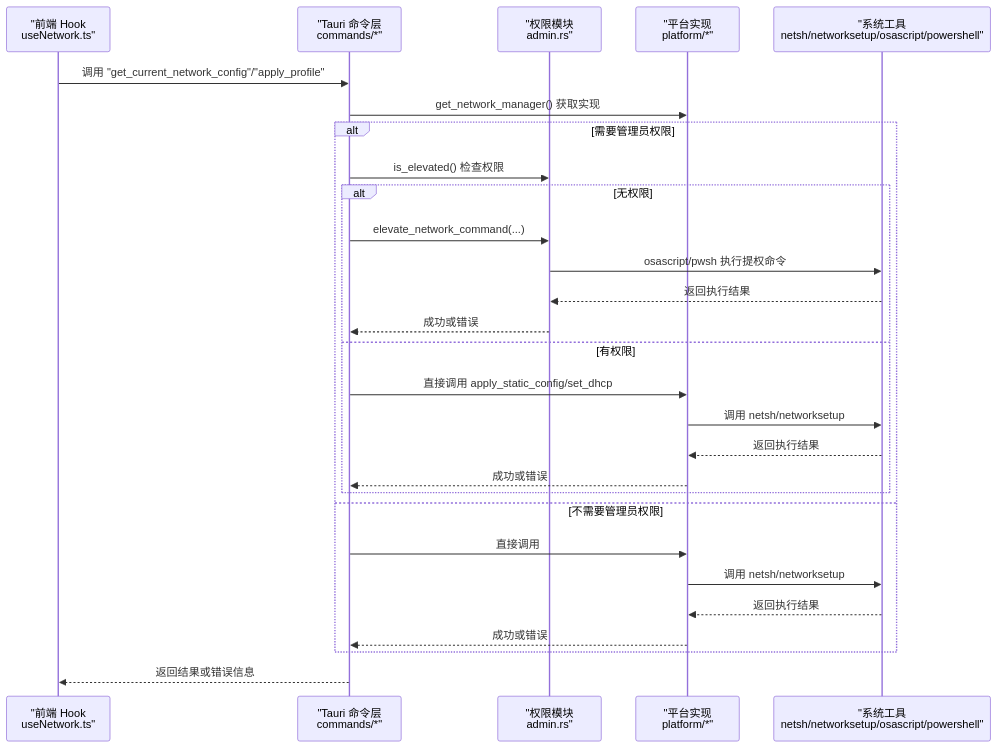
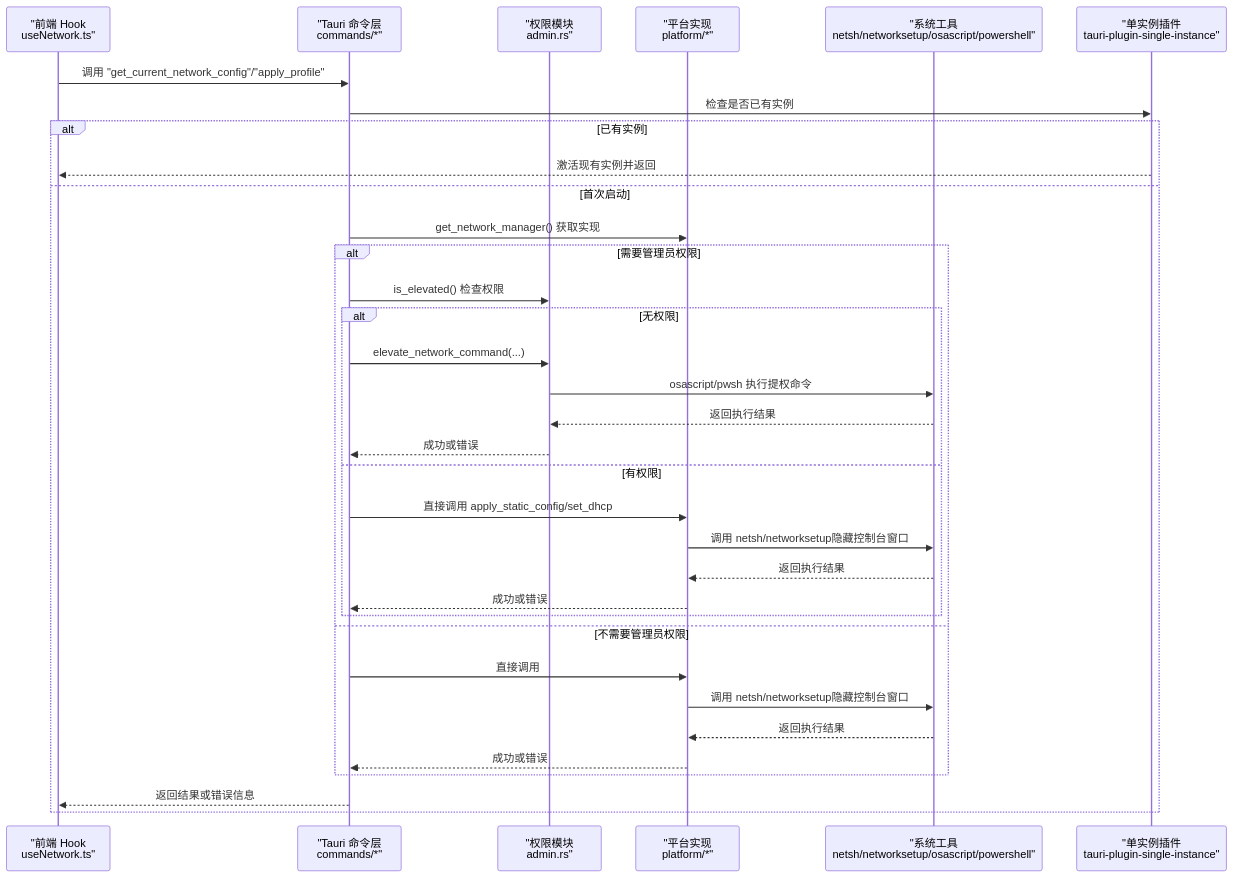
Before and after one commit to xdongliang/IPSwitcher: the second of 9 diagrams in .qoder/repowiki/zh/content/后端开发指南/平台集成.md, drawn with Mermaid. The commit also changed other lines of this file and 3 other files, not shown here.

````diff
--- a/.qoder/repowiki/zh/content/后端开发指南/平台集成.md
+++ b/.qoder/repowiki/zh/content/后端开发指南/平台集成.md
@@ -144,30 +160,36 @@
 ```mermaid
 sequenceDiagram
 participant FE as "前端 Hook<br/>useNetwork.ts"
 participant Tauri as "Tauri 命令层<br/>commands/*"
 participant Admin as "权限模块<br/>admin.rs"
 participant Plat as "平台实现<br/>platform/*"
 participant Sys as "系统工具<br/>netsh/networksetup/osascript/powershell"
+participant Single as "单实例插件<br/>tauri-plugin-single-instance"
 FE->>Tauri : 调用 "get_current_network_config"/"apply_profile"
+Tauri->>Single : 检查是否已有实例
+alt 已有实例
+Single-->>FE : 激活现有实例并返回
+else 首次启动
 Tauri->>Plat : get_network_manager() 获取实现
 alt 需要管理员权限
 Tauri->>Admin : is_elevated() 检查权限
 alt 无权限
 Tauri->>Admin : elevate_network_command(...)
 Admin->>Sys : osascript/pwsh 执行提权命令
 Sys-->>Admin : 返回执行结果
 Admin-->>Tauri : 成功或错误
 else 有权限
 Tauri->>Plat : 直接调用 apply_static_config/set_dhcp
-Plat->>Sys : 调用 netsh/networksetup
+Plat->>Sys : 调用 netsh/networksetup隐藏控制台窗口
 Sys-->>Plat : 返回执行结果
 Plat-->>Tauri : 成功或错误
 end
 else 不需要管理员权限
 Tauri->>Plat : 直接调用
-Plat->>Sys : 调用 netsh/networksetup
+Plat->>Sys : 调用 netsh/networksetup隐藏控制台窗口
 Sys-->>Plat : 返回执行结果
 Plat-->>Tauri : 成功或错误
 end
 Tauri-->>FE : 返回结果或错误信息
+end
 ```
````
